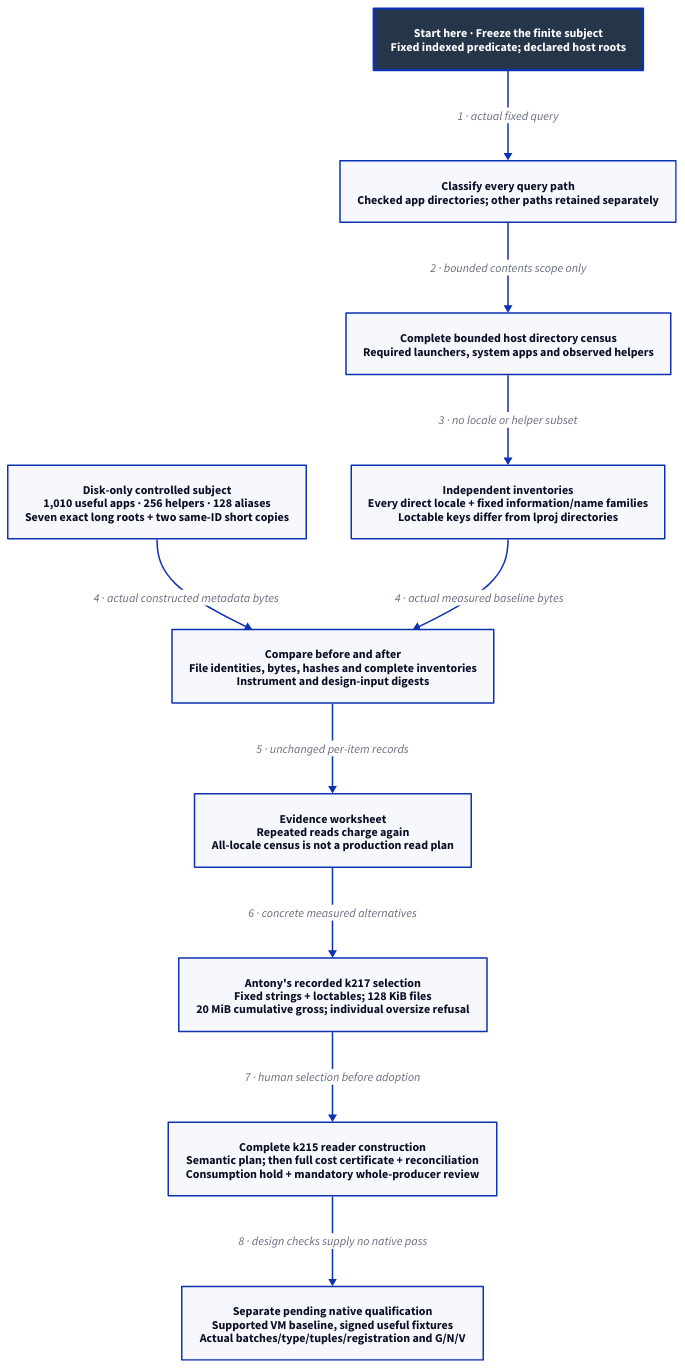
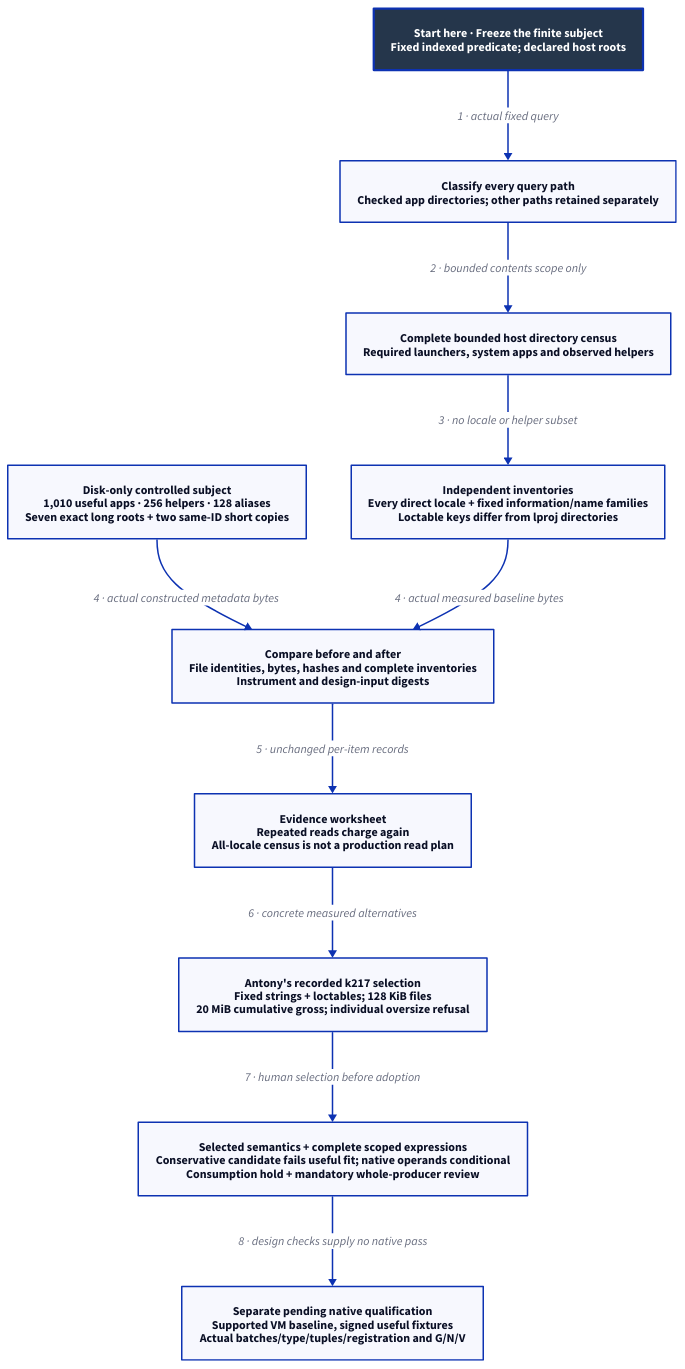
One commit to Linkuistics/Koine changed the diagram in docs/design/architecture/native-metadata-subject.d2. Above: the diagram before and after it, drawn with D2. The commit also changed 141 other files, not shown here.

First line of the commit message:
Reconcile selected application metadata family (application-metadata-reconciliation-k221)

```diff
--- a/docs/design/architecture/native-metadata-subject.d2
+++ b/docs/design/architecture/native-metadata-subject.d2
@@ -1,24 +1,24 @@
 # Historical design evidence and selected human contract; no native verdict.
 direction: down
 classes: {
   start: {style: {fill: "#25364B"; font-color: "#FFFFFF"; bold: true; stroke-width: 3}}
 }
 Start: "Start here · Freeze the finite subject\nFixed indexed predicate; declared host roots" {class: start}
 Classify: "Classify every query path\nChecked app directories; other paths retained separately"
 Baseline: "Complete bounded host directory census\nRequired launchers, system apps and observed helpers"
 Inventory: "Independent inventories\nEvery direct locale + fixed information/name families\nLoctable keys differ from lproj directories"
 Fixtures: "Disk-only controlled subject\n1,010 useful apps · 256 helpers · 128 aliases\nSeven exact long roots + two same-ID short copies"
 Freeze: "Compare before and after\nFile identities, bytes, hashes and complete inventories\nInstrument and design-input digests"
 Worksheet: "Evidence worksheet\nRepeated reads charge again\nAll-locale census is not a production read plan"
 Choice: "Antony's recorded k217 selection\nFixed strings + loctables; 128 KiB files\n20 MiB cumulative gross; individual oversize refusal"
-Design: "Complete k215 reader construction\nSemantic plan; then full cost certificate + reconciliation\nConsumption hold + mandatory whole-producer review"
+Design: "Selected semantics + complete scoped expressions\nConservative candidate fails useful fit; native operands conditional\nConsumption hold + mandatory whole-producer review"
 Native: "Separate pending native qualification\nSupported VM baseline, signed useful fixtures\nActual batches/type/tuples/registration and G/N/V"
 Start -> Classify: "1 · actual fixed query"
 Classify -> Baseline: "2 · bounded contents scope only"
 Baseline -> Inventory: "3 · no locale or helper subset"
 Fixtures -> Freeze: "4 · actual constructed metadata bytes"
 Inventory -> Freeze: "4 · actual measured baseline bytes"
 Freeze -> Worksheet: "5 · unchanged per-item records"
 Worksheet -> Choice: "6 · concrete measured alternatives"
 Choice -> Design: "7 · human selection before adoption"
 Design -> Native: "8 · design checks supply no native pass"
```
